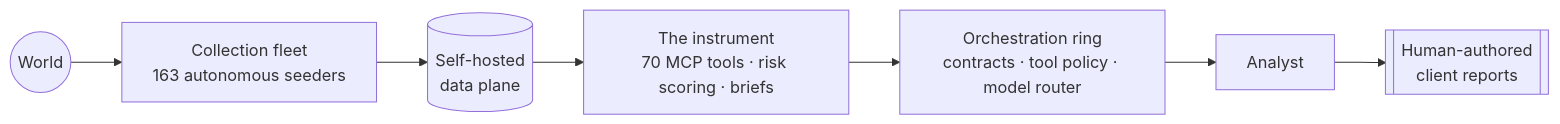
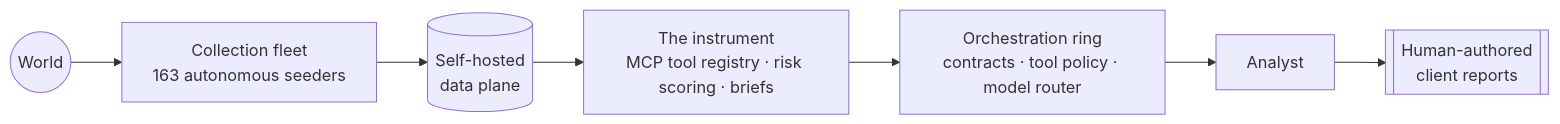
Before and after one commit to clduab11/the-synactic: the diagram in README.md, drawn with Mermaid. The commit also changed other lines of this file and 14 other files, not shown here.

````diff
--- a/README.md
+++ b/README.md
@@ -76,9 +76,9 @@
 ```mermaid
 flowchart LR
   W((World)) --> C[Collection fleet<br/>163 autonomous seeders]
   C --> D[(Self-hosted<br/>data plane)]
-  D --> I[The instrument<br/>70 MCP tools · risk scoring · briefs]
+  D --> I[The instrument<br/>MCP tool registry · risk scoring · briefs]
   I --> O[Orchestration ring<br/>contracts · tool policy · model router]
   O --> A[Analyst]
   A --> R[[Human-authored<br/>client reports]]
 ```
````
